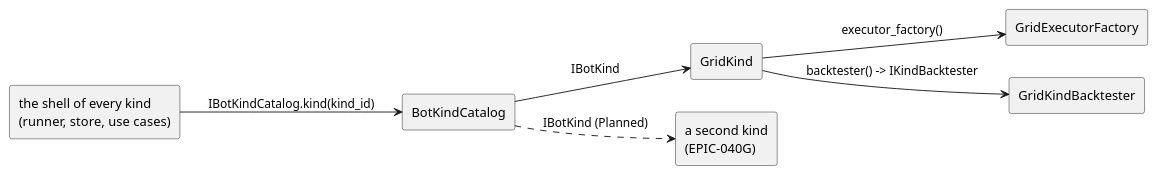
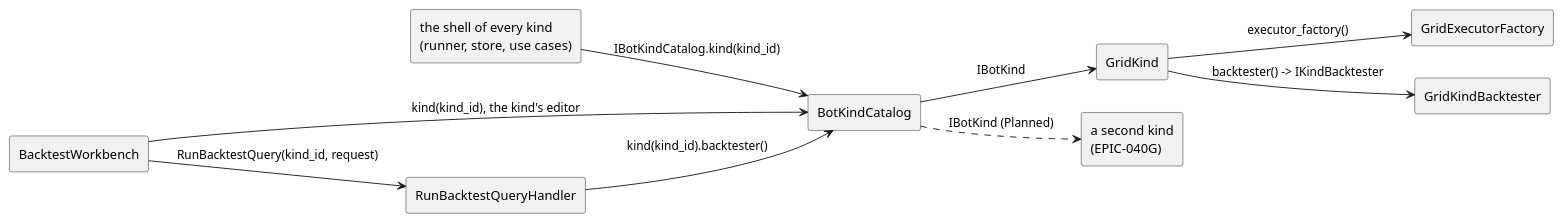
The diagram in Docs/MODULES/bots/diagrams/05-kind-seam.puml (anhembedded/Sagittarius_Elite_Warrior), drawn with PlantUML before and after one commit. The commit also changed 48 other files, not shown here.

```diff
--- a/Docs/MODULES/bots/diagrams/05-kind-seam.puml
+++ b/Docs/MODULES/bots/diagrams/05-kind-seam.puml
@@ -3,15 +3,20 @@
 @startuml 05-kind-seam
 skinparam componentStyle rectangle
 left to right direction
 [the shell of every kind\n(runner, store, use cases)] as SH
 [BotKindCatalog] as C
 [GridKind] as GK
 [GridExecutorFactory] as GF
 [GridKindBacktester] as GB
 [a second kind\n(EPIC-040G)] as K2
+[BacktestWorkbench] as W
+[RunBacktestQueryHandler] as Q
 SH --> C : IBotKindCatalog.kind(kind_id)
 C --> GK : IBotKind
 C ..> K2 : IBotKind (Planned)
 GK --> GF : executor_factory()
 GK --> GB : backtester() -> IKindBacktester
+W --> Q : RunBacktestQuery(kind_id, request)
+Q --> C : kind(kind_id).backtester()
+W --> C : kind(kind_id), the kind's editor
 @enduml
```
